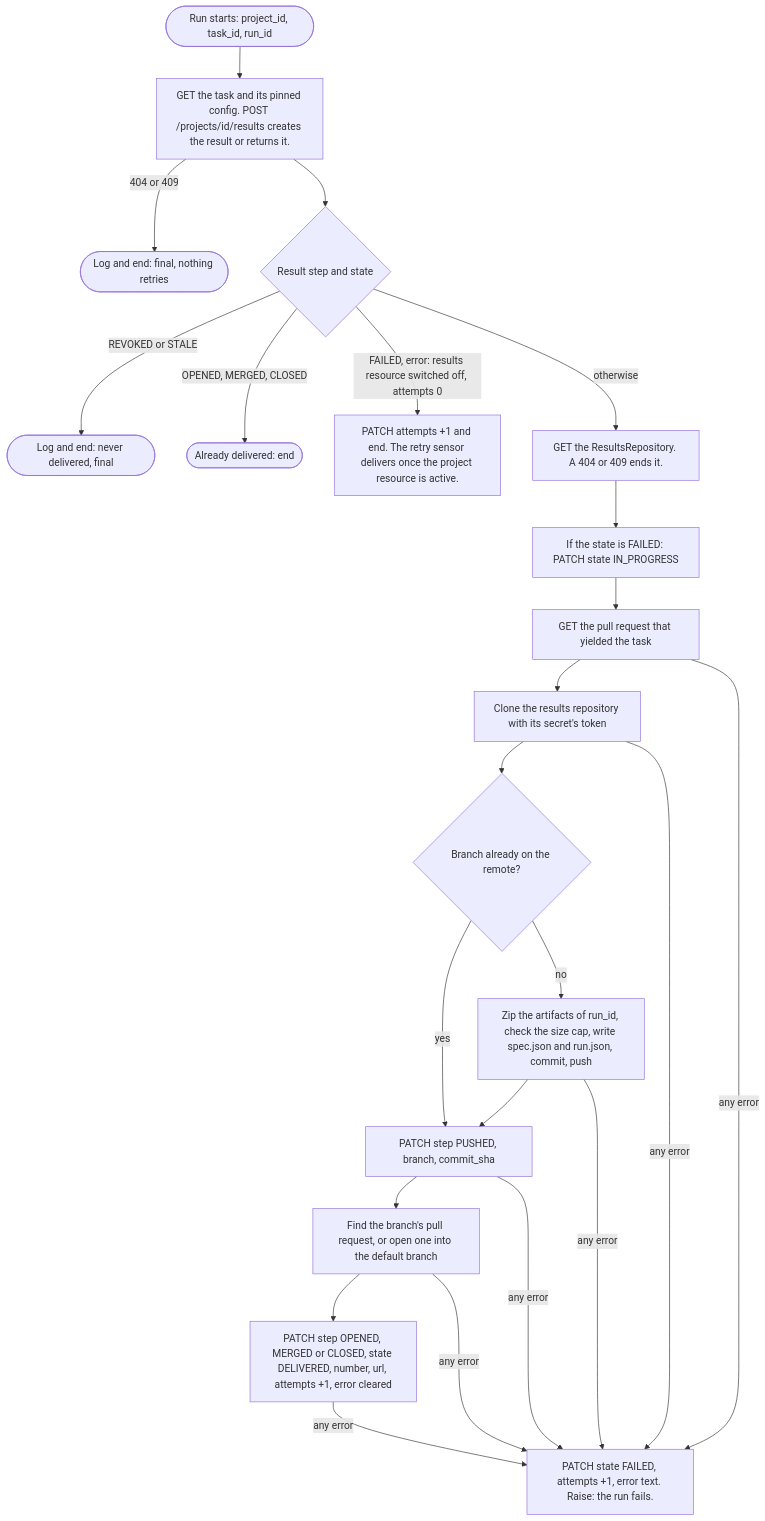
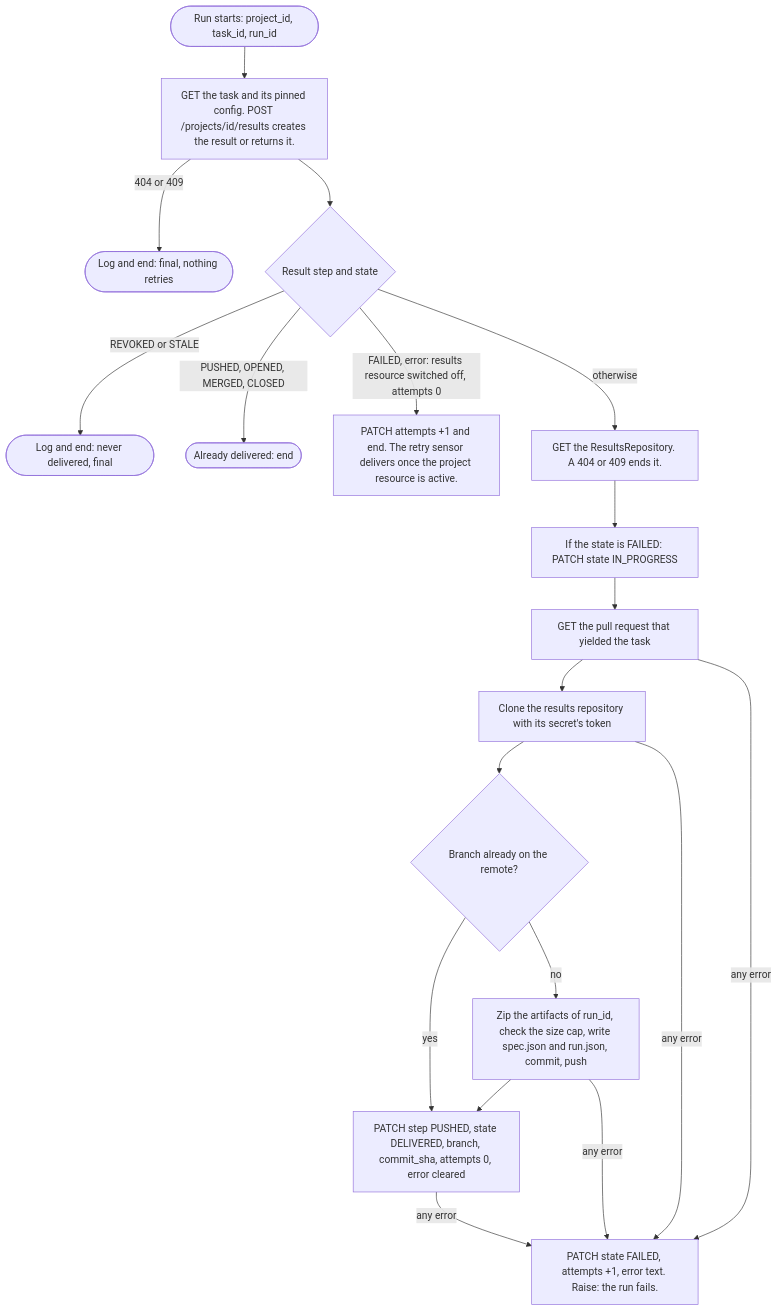
One commit to Aridhia-Open-Source/PHEMS_federated_node changed the second of 2 diagrams in docs/architecture/sensors/results-delivery.md. Above: the diagram before and after it, drawn with Mermaid. The commit also changed other lines of this file and 49 other files, not shown here.

First line of the commit message:
Results PR sensor owns the pull request; one provider list per results repository per tick (#621)

````diff
--- a/docs/architecture/sensors/results-delivery.md
+++ b/docs/architecture/sensors/results-delivery.md
@@ -54,25 +54,21 @@
 ```mermaid
 flowchart TD
     A(["Run starts: project_id, task_id, run_id"]) --> B["GET the task and its pinned config. POST /projects/id/results creates the result or returns it."]
     B -->|"404 or 409"| S1(["Log and end: final, nothing retries"])
     B --> C{"Result step and state"}
     C -->|"REVOKED or STALE"| S2(["Log and end: never delivered, final"])
-    C -->|"OPENED, MERGED, CLOSED"| S3(["Already delivered: end"])
+    C -->|"PUSHED, OPENED, MERGED, CLOSED"| S3(["Already delivered: end"])
     C -->|"FAILED, error: results resource switched off, attempts 0"| S4["PATCH attempts +1 and end. The retry sensor delivers once the project resource is active."]
     C -->|otherwise| D["GET the ResultsRepository. A 404 or 409 ends it."]
     D --> E["If the state is FAILED: PATCH state IN_PROGRESS"]
     E --> F["GET the pull request that yielded the task"]
     F --> G["Clone the results repository with its secret's token"]
     G --> H{"Branch already on the remote?"}
     H -->|yes| K
     H -->|no| I["Zip the artifacts of run_id, check the size cap, write spec.json and run.json, commit, push"]
-    I --> K["PATCH step PUSHED, branch, commit_sha"]
-    K --> L["Find the branch's pull request, or open one into the default branch"]
-    L --> M["PATCH step OPENED, MERGED or CLOSED, state DELIVERED, number, url, attempts +1, error cleared"]
+    I --> K["PATCH step PUSHED, state DELIVERED, branch, commit_sha, attempts 0, error cleared"]
     F -->|"any error"| ERR
     G -->|"any error"| ERR
     I -->|"any error"| ERR
-    K -->|"any error"| ERR
-    L -->|"any error"| ERR
-    M -->|"any error"| ERR["PATCH state FAILED, attempts +1, error text. Raise: the run fails."]
+    K -->|"any error"| ERR["PATCH state FAILED, attempts +1, error text. Raise: the run fails."]
 ```
````
